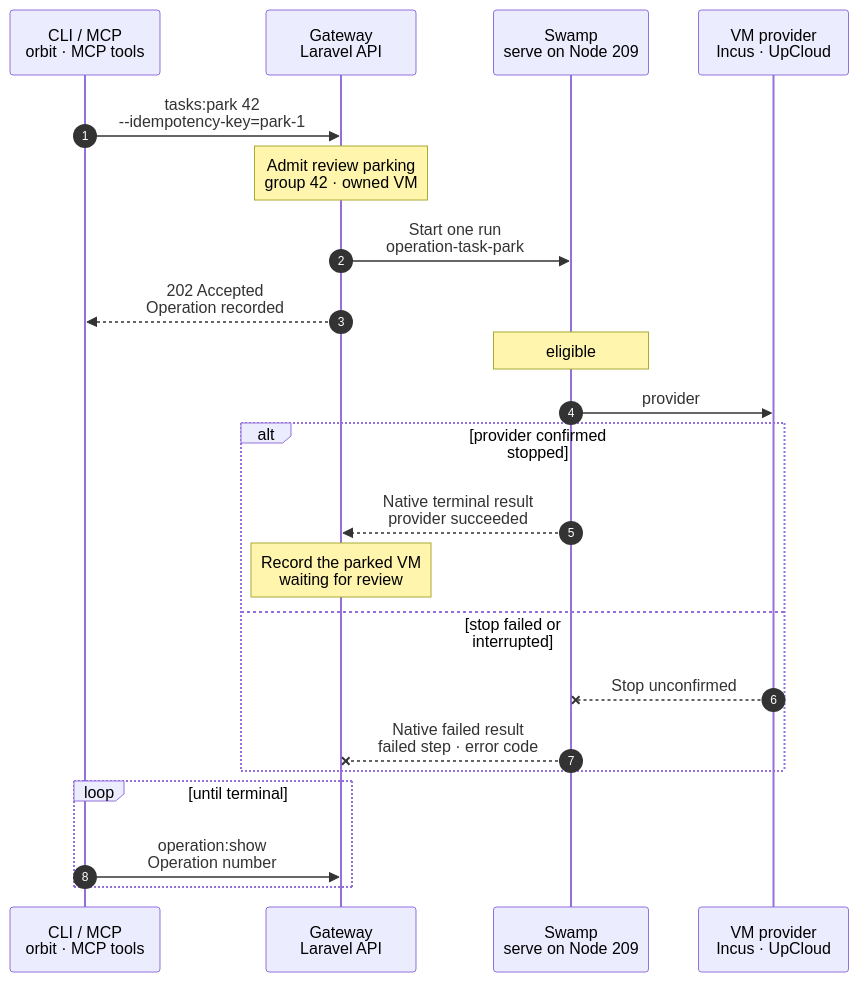
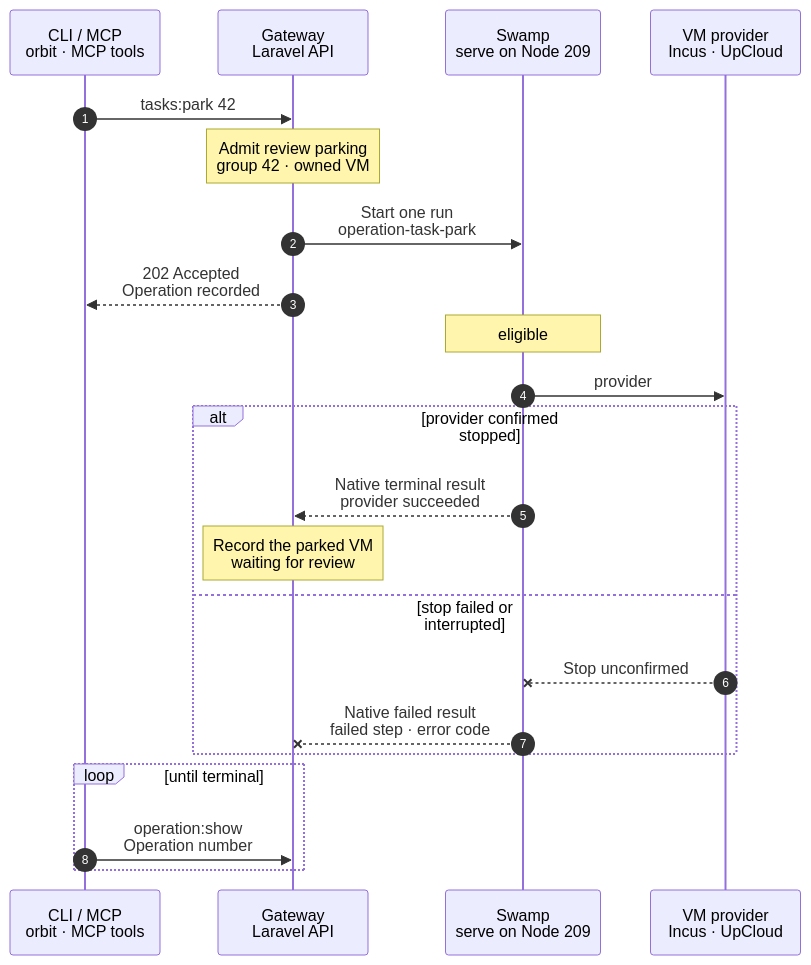
One commit to hardimpactdev/orbit changed the diagram in docs/cli/tasks/park.mmd. Above: the diagram before and after it, drawn with Mermaid. The commit also changed 4 other files, not shown here.

Commit message:
docs(tasks): draw required parameters on the main path (flow rule 23)

```diff
--- a/docs/cli/tasks/park.mmd
+++ b/docs/cli/tasks/park.mmd
@@ -1,60 +1,60 @@
 sequenceDiagram
   %% Target design: docs/reference/tasks.md, explicit review parking; flow-tighten rule 14. The canonical provider child checks the stopped state; the Gateway retains admitted IDs.
   %% status: migrated
   %% command: tasks:park
   %% kind: tasks.park
   autonumber
   %% lane CLI icon=terminal pill=caller tone=gray
   %% lane GW icon=gateway pill=intent tone=blue
   %% lane SW icon=workflow pill=executes tone=green
   %% lane N icon=server pill=target tone=amber
   participant CLI as CLI / MCP<br/>orbit · MCP tools
   participant GW as Gateway<br/>Laravel API
   participant SW as Swamp<br/>serve on Node 209
   participant N as VM provider<br/>Incus · UpCloud
-  CLI->>GW: tasks:park 42<br/>--idempotency-key=park-1
+  CLI->>GW: tasks:park 42
   %%> Command:
   %%> - `orbit tasks:park 42 --idempotency-key=park-1`
   %%> - syntax: `<group> [--idempotency-key=KEY] [--json]`
   Note over GW: Admit review parking<br/>group 42 · owned VM
   %%> Requirements:
   %%> - the external group has an open published PR and completed children
   %%> - the group has no active execution, assistance, preview or held workspace
   %%> - your Node has an access grant to the serving Node
   GW->>SW: Start one run<br/>operation-task-park
   %%> Inputs:
   %%> - the admitted group, Project, Instance, VM and provider identity
   %%> - SSH host pins for Incus or the existing vault descriptor for UpCloud
   GW-->>CLI: 202 Accepted<br/>Operation recorded
   %%> Result:
   %%> - follow the Operation while Swamp stops the owned VM
   Note over SW: eligible
   %%> What it does:
   %%> - native assert retains the admission eligibility check before provider work
   SW->>N: provider
   %%> What it does:
   %%> - run the canonical provider stop action and check the stopped state
   %%> - an already stopped VM completes without another stop
   %%> - no script prints the admitted IDs or a second completion report
   alt provider confirmed stopped
     SW-->>GW: Native terminal result<br/>provider succeeded
     %%> Result:
     %%> - the same history read confirms the provider child succeeded
     Note over GW: Record the parked VM<br/>waiting for review
     %%> Result:
     %%> - record the admitted IDs and stop confirmation; keep the workspace and PR
   else stop failed or interrupted
     N--xSW: Stop unconfirmed
     %%> Result:
     %%> - the provider child retains the native failure
     SW--xGW: Native failed result<br/>failed step · error code
     %%> Result:
     %%> - retain the VM and group without recording a stop confirmation
     %%> Retry:
     %%> - inspect the failed provider action before admitting another park
   end
   loop until terminal
     CLI->>GW: operation:show<br/>Operation number
     %%> Returns:
     %%> - the Operation status and stop confirmation
   end
```
